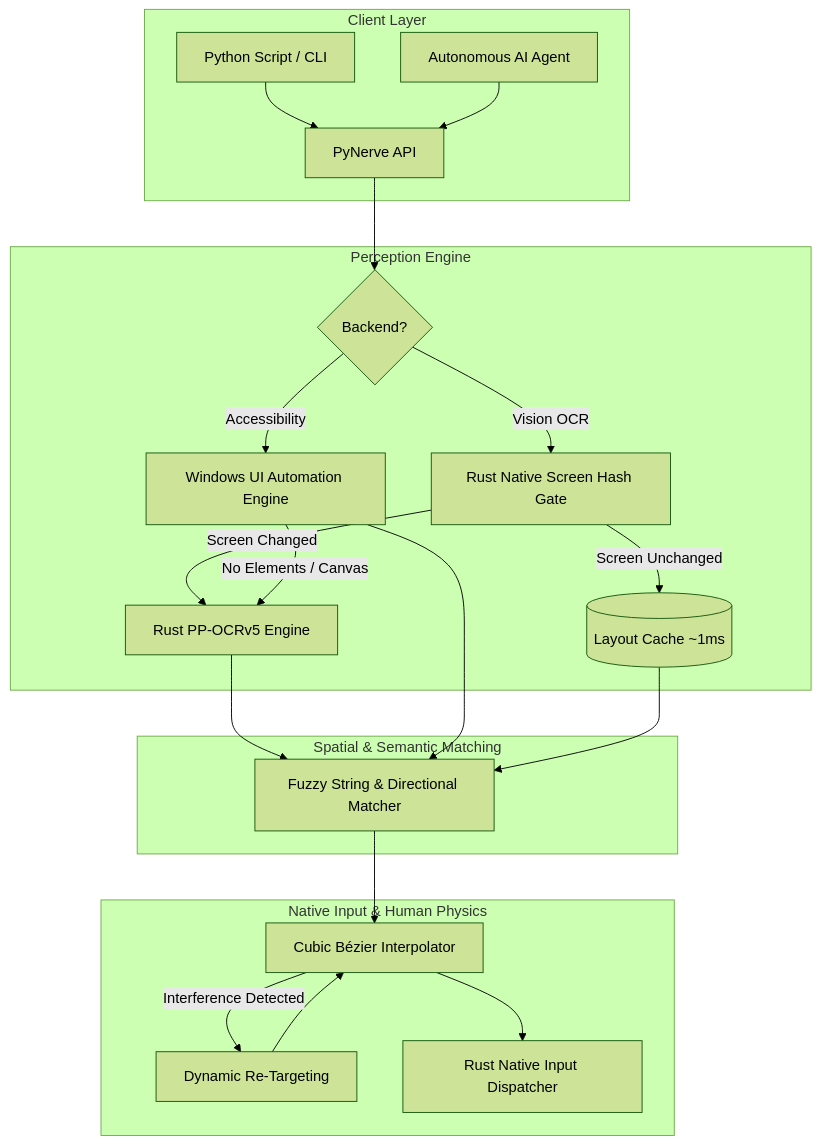
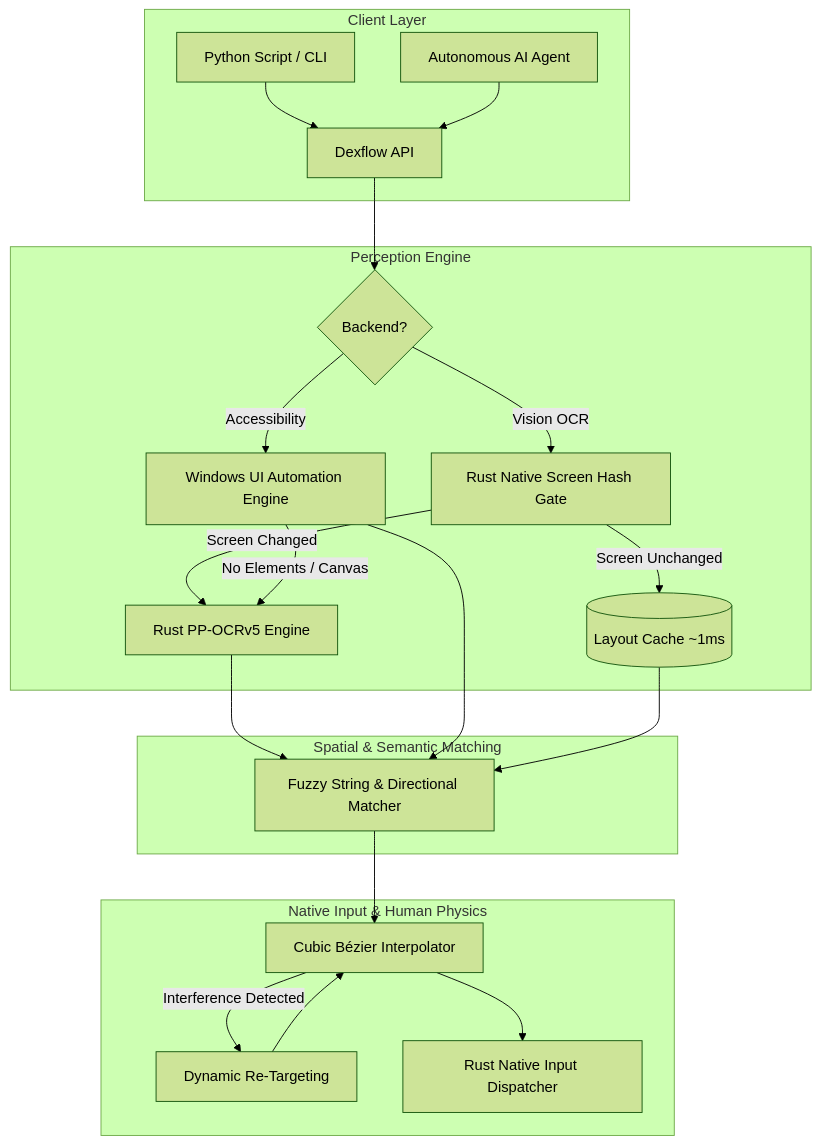
One commit to kuntal-devrat/py-nerve changed the diagram in README.md. Above: the diagram before and after it, drawn with Mermaid (forest theme). The commit also changed other lines of this file and 7 other files, not shown here.

````diff
--- a/README.md
+++ b/README.md
@@ -38,31 +38,31 @@
 ```mermaid
 flowchart TD
     subgraph Client ["Client Layer"]
-        A[Python Script / CLI] --> B[PyNerve API]
+        A[Python Script / CLI] --> B[Dexflow API]
         Agent[Autonomous AI Agent] --> B
     end
 
     subgraph Perception ["Perception Engine"]
         B --> C{Backend?}
         C -->|Accessibility| UIA[Windows UI Automation Engine]
         C -->|Vision OCR| SH[Rust Native Screen Hash Gate]
         
         SH -->|Screen Unchanged| Cache[(Layout Cache ~1ms)]
         SH -->|Screen Changed| OCR[Rust PP-OCRv5 Engine]
         
         UIA -->|No Elements / Canvas| OCR
     end
 
     subgraph Matching ["Spatial & Semantic Matching"]
         OCR --> Match[Fuzzy String & Directional Matcher]
         UIA --> Match
         Cache --> Match
     end
 
     subgraph Input ["Native Input & Human Physics"]
         Match --> Glide[Cubic Bézier Interpolator]
         Glide -->|Interference Detected| Recover[Dynamic Re-Targeting]
         Recover --> Glide
         Glide --> NativeInput[Rust Native Input Dispatcher]
     end
 ```
````
